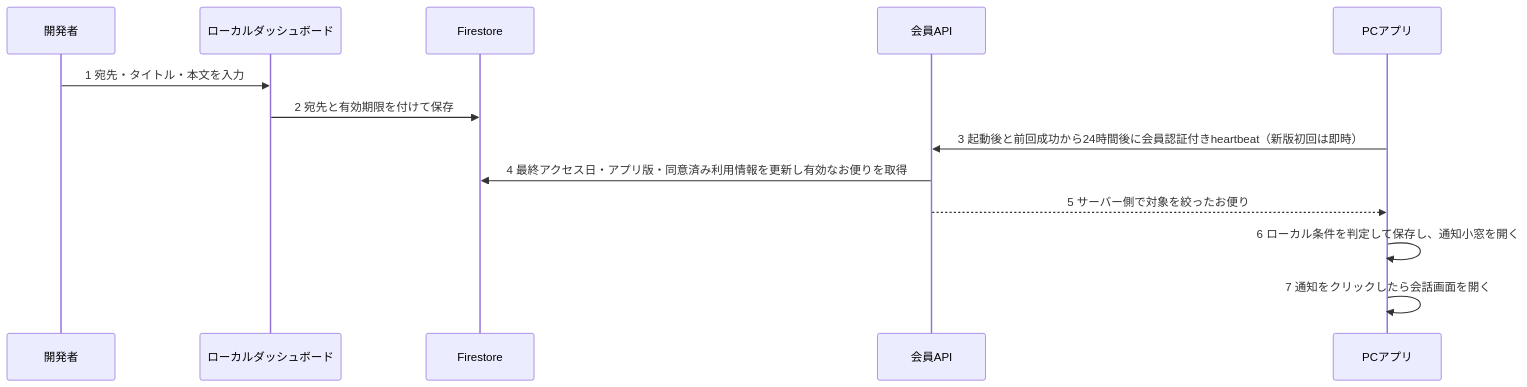
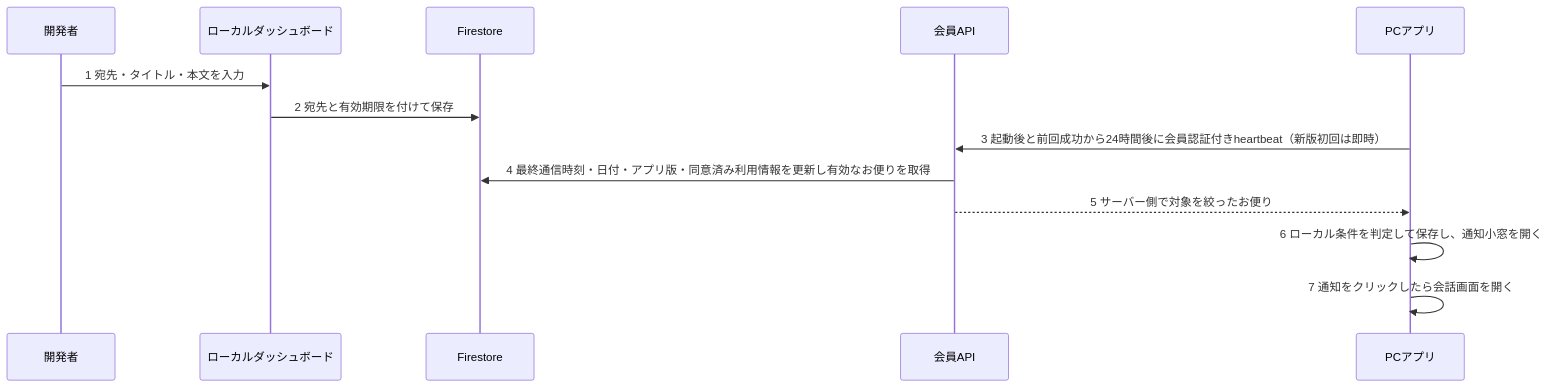
Before and after one commit to ore-no-fusen/ore-no-fusen: the fourth of 4 diagrams in docs-v2/009_MEMBERSHIP.md, drawn with Mermaid. The commit also changed other lines of this file and 6 other files, not shown here.

````diff
--- a/docs-v2/009_MEMBERSHIP.md
+++ b/docs-v2/009_MEMBERSHIP.md
@@ -135,15 +135,15 @@
 ```mermaid
 sequenceDiagram
     participant Dev as 開発者
     participant Dash as ローカルダッシュボード
     participant DB as Firestore
     participant API as 会員API
     participant PC as PCアプリ
     Dev->>Dash: 1 宛先・タイトル・本文を入力
     Dash->>DB: 2 宛先と有効期限を付けて保存
     PC->>API: 3 起動後と前回成功から24時間後に会員認証付きheartbeat（新版初回は即時）
-    API->>DB: 4 最終アクセス日・アプリ版・同意済み利用情報を更新し有効なお便りを取得
+    API->>DB: 4 最終通信時刻・日付・アプリ版・同意済み利用情報を更新し有効なお便りを取得
     API-->>PC: 5 サーバー側で対象を絞ったお便り
     PC->>PC: 6 ローカル条件を判定して保存し、通知小窓を開く
     PC->>PC: 7 通知をクリックしたら会話画面を開く
 ```
````
